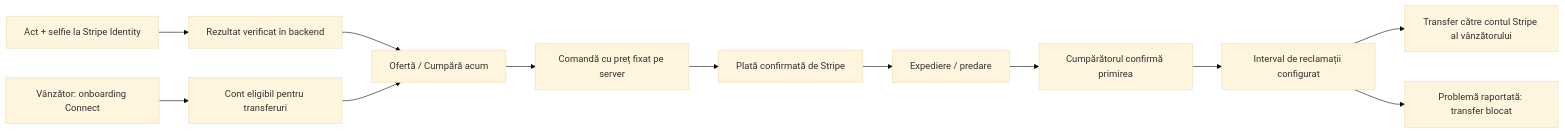
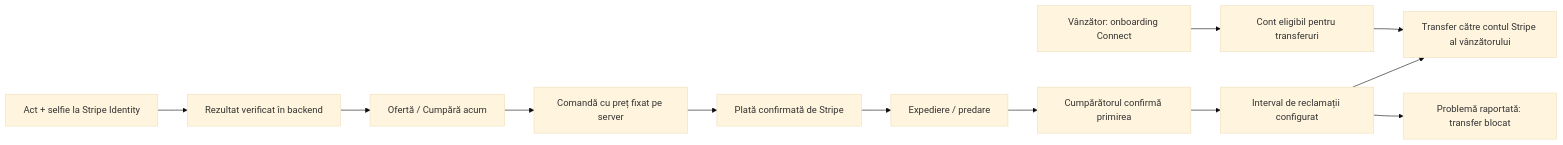
Before and after one commit to Bodron/pinlicit: the diagram in docs/stripe-marketplace.md, drawn with Mermaid (base theme). The commit also changed other lines of this file and 55 other files, not shown here.

````diff
--- a/docs/stripe-marketplace.md
+++ b/docs/stripe-marketplace.md
@@ -7,14 +7,14 @@
 ```mermaid
 flowchart LR
   A[Act + selfie la Stripe Identity] --> B[Rezultat verificat în backend]
   C[Vânzător: onboarding Connect] --> D[Cont eligibil pentru transferuri]
   B --> E[Ofertă / Cumpără acum]
-  D --> E
+  D --> K
   E --> F[Comandă cu preț fixat pe server]
   F --> G[Plată confirmată de Stripe]
   G --> H[Expediere / predare]
   H --> I[Cumpărătorul confirmă primirea]
   I --> J[Interval de reclamații configurat]
   J --> K[Transfer către contul Stripe al vânzătorului]
   J --> L[Problemă raportată: transfer blocat]
 ```
````
